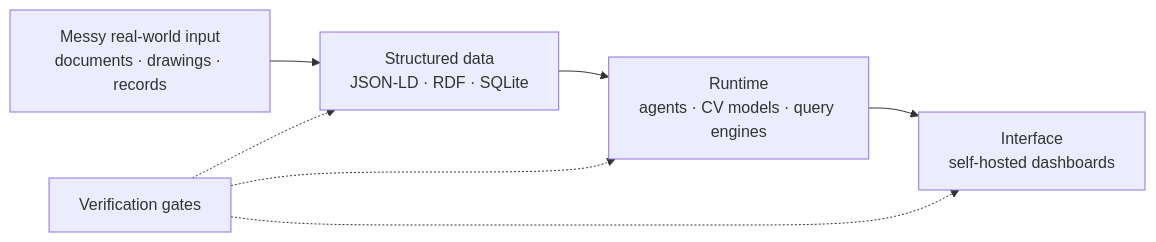
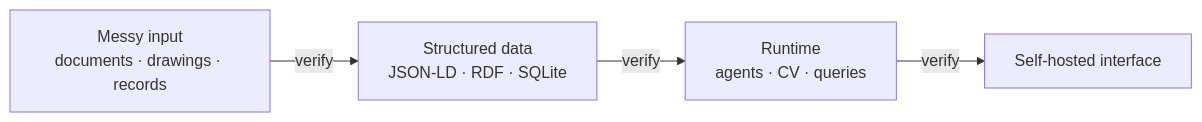
The diagram in README.md (race-nevils/race-nevils), drawn with Mermaid before and after one commit.

Commit message:
Inline verification gates on pipeline diagram

````diff
--- a/README.md
+++ b/README.md
@@ -5,7 +5,6 @@
 ```mermaid
 flowchart LR
-    A[Messy real-world input<br/>documents · drawings · records] --> B[Structured data<br/>JSON-LD · RDF · SQLite]
-    B --> C[Runtime<br/>agents · CV models · query engines]
-    C --> D[Interface<br/>self-hosted dashboards]
-    V[Verification gates] -.-> B & C & D
+    A[Messy input<br/>documents · drawings · records] -->|verify| B[Structured data<br/>JSON-LD · RDF · SQLite]
+    B -->|verify| C[Runtime<br/>agents · CV · queries]
+    C -->|verify| D[Self-hosted interface]
 ```
````
